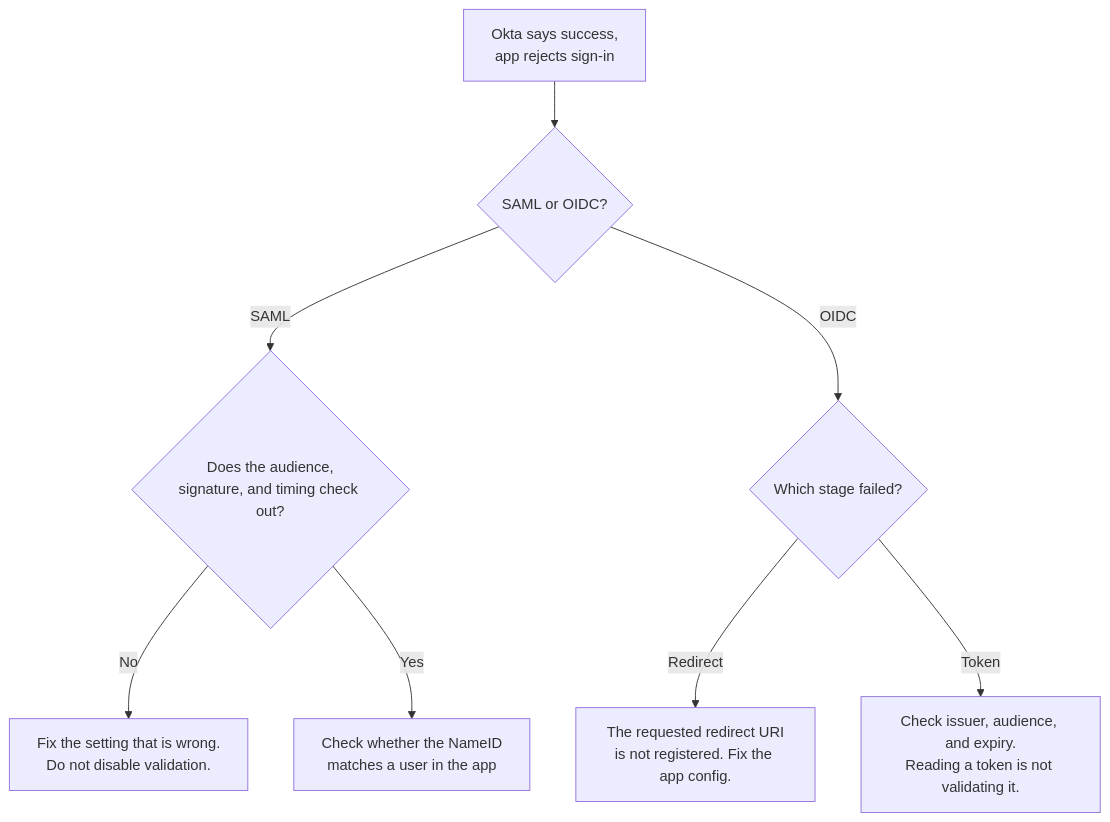
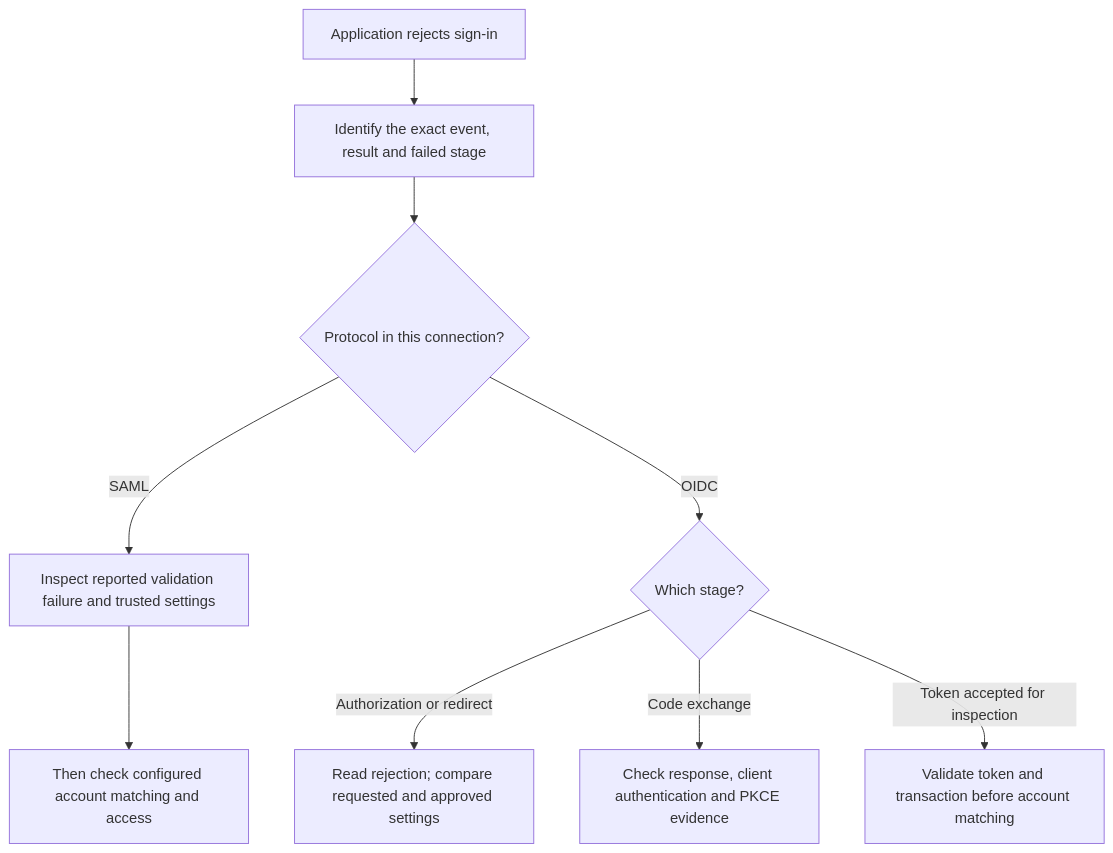
One commit to TedxHarry/Okta_Theory changed the sixth of 7 diagrams in reference/troubleshooting-playbook.md. Above: the diagram before and after it, drawn with Mermaid. The commit also changed other lines of this file and 63 other files, not shown here.

Commit message:
Clarify course references and repair Pages navigation and diagrams

````diff
--- a/reference/troubleshooting-playbook.md
+++ b/reference/troubleshooting-playbook.md
@@ -86,10 +97,11 @@
 ```mermaid
 flowchart TD
-  S["Okta says success,<br/>app rejects sign-in"] --> Q1{"SAML or OIDC?"}
-  Q1 -->|SAML| B1{"Does the audience,<br/>signature, and timing check out?"}
-  B1 -->|No| B2["Fix the setting that is wrong.<br/>Do not disable validation."]
-  B1 -->|Yes| B3["Check whether the NameID<br/>matches a user in the app"]
-  Q1 -->|OIDC| C1{"Which stage failed?"}
-  C1 -->|Redirect| C2["The requested redirect URI<br/>is not registered. Fix the app config."]
-  C1 -->|Token| C3["Check issuer, audience, and expiry.<br/>Reading a token is not validating it."]
+  S["Application rejects sign-in"] --> E["Identify the exact event, result and failed stage"]
+  E --> Q{"Protocol in this connection?"}
+  Q -->|SAML| A["Inspect reported validation failure and trusted settings"]
+  A --> B["Then check configured account matching and access"]
+  Q -->|OIDC| C{"Which stage?"}
+  C -->|Authorization or redirect| D["Read rejection; compare requested and approved settings"]
+  C -->|Code exchange| F["Check response, client authentication and PKCE evidence"]
+  C -->|Token accepted for inspection| G["Validate token and transaction before account matching"]
 ```
````
